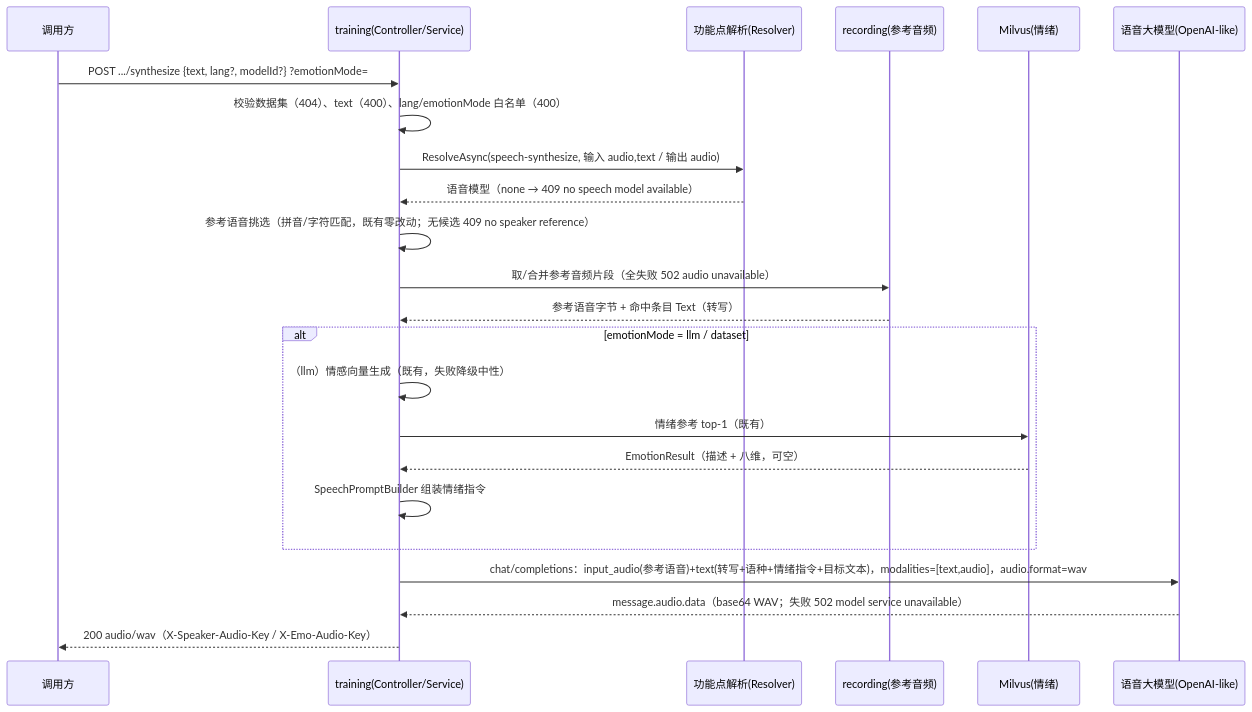
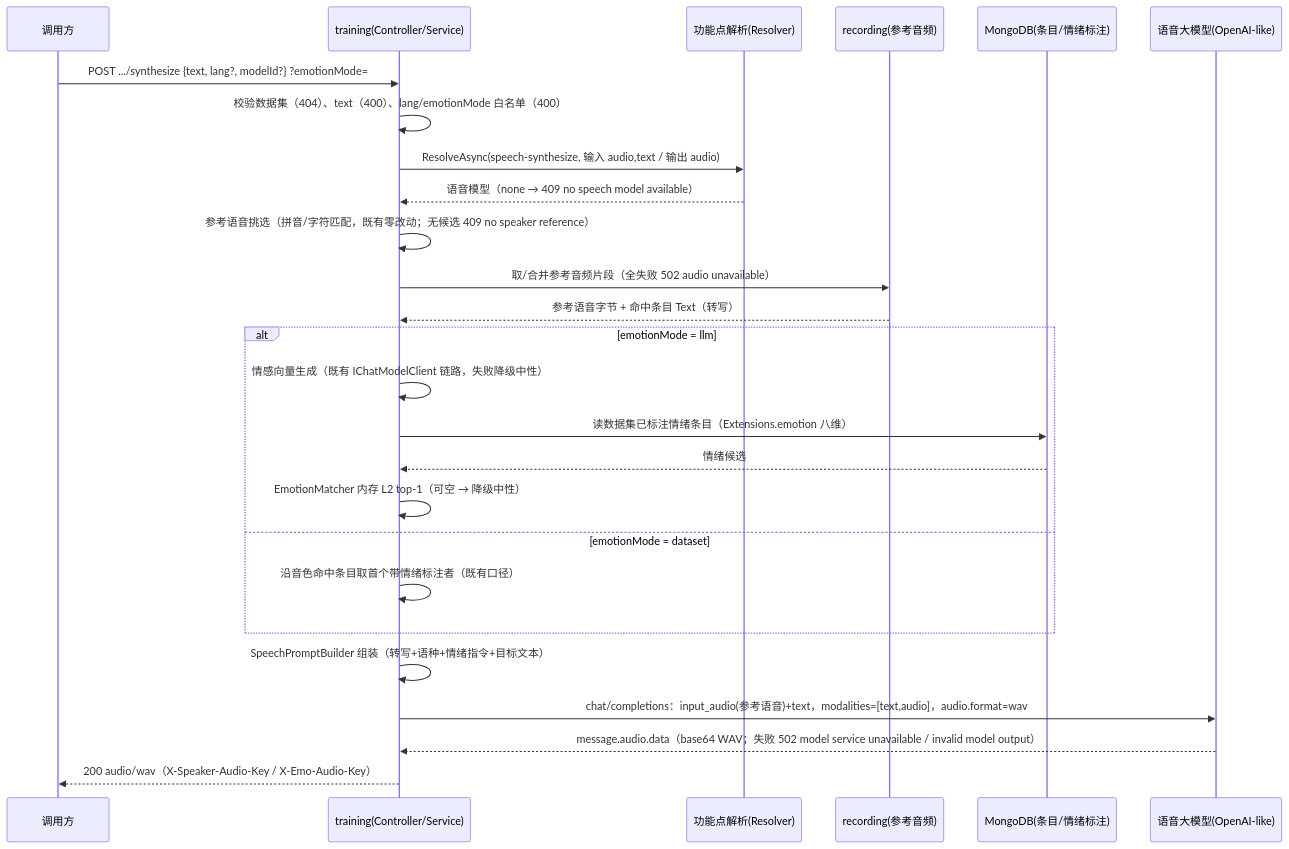
Before and after one commit to Deliay/z-vtuber: the second of 2 diagrams in docs/engineering/proposals/20261014-proposal-training-audio-synthesize-llm.md, drawn with Mermaid. The commit also changed other lines of this file and 1 other file, not shown here.

First line of the commit message:
docs(training): 音频生成语音大模型推理改造 返工修订——彻底移除 Milvus

````diff
--- a/docs/engineering/proposals/20261014-proposal-training-audio-synthesize-llm.md
+++ b/docs/engineering/proposals/20261014-proposal-training-audio-synthesize-llm.md
@@ -212,26 +243,29 @@
 ```mermaid
 sequenceDiagram
     participant C as 调用方
     participant T as training(Controller/Service)
     participant FP as 功能点解析(Resolver)
     participant R as recording(参考音频)
-    participant V as Milvus(情绪)
+    participant D as MongoDB(条目/情绪标注)
     participant L as 语音大模型(OpenAI-like)
 
     C->>T: POST .../synthesize {text, lang?, modelId?} ?emotionMode=
     T->>T: 校验数据集（404）、text（400）、lang/emotionMode 白名单（400）
     T->>FP: ResolveAsync(speech-synthesize, 输入 audio,text / 输出 audio)
     FP-->>T: 语音模型（none → 409 no speech model available）
     T->>T: 参考语音挑选（拼音/字符匹配，既有零改动；无候选 409 no speaker reference）
     T->>R: 取/合并参考音频片段（全失败 502 audio unavailable）
     R-->>T: 参考语音字节 + 命中条目 Text（转写）
-    alt emotionMode = llm / dataset
-        T->>T: （llm）情感向量生成（既有，失败降级中性）
-        T->>V: 情绪参考 top-1（既有）
-        V-->>T: EmotionResult（描述 + 八维，可空）
-        T->>T: SpeechPromptBuilder 组装情绪指令
+    alt emotionMode = llm
+        T->>T: 情感向量生成（既有 IChatModelClient 链路，失败降级中性）
+        T->>D: 读数据集已标注情绪条目（Extensions.emotion 八维）
+        D-->>T: 情绪候选
+        T->>T: EmotionMatcher 内存 L2 top-1（可空 → 降级中性）
+    else emotionMode = dataset
+        T->>T: 沿音色命中条目取首个带情绪标注者（既有口径）
     end
-    T->>L: chat/completions：input_audio(参考语音)+text(转写+语种+情绪指令+目标文本)，modalities=[text,audio]，audio.format=wav
-    L-->>T: message.audio.data（base64 WAV；失败 502 model service unavailable）
+    T->>T: SpeechPromptBuilder 组装（转写+语种+情绪指令+目标文本）
+    T->>L: chat/completions：input_audio(参考语音)+text，modalities=[text,audio]，audio.format=wav
+    L-->>T: message.audio.data（base64 WAV；失败 502 model service unavailable / invalid model output）
     T-->>C: 200 audio/wav（X-Speaker-Audio-Key / X-Emo-Audio-Key）
 ```
````
